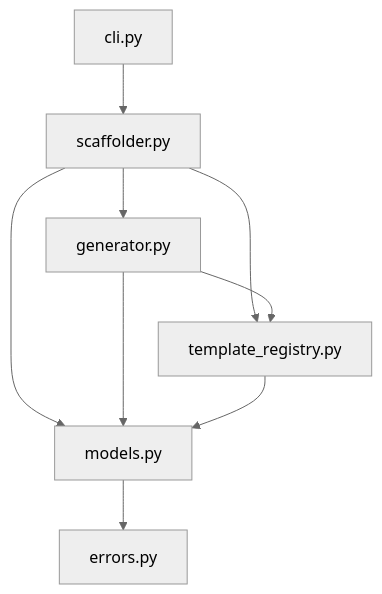
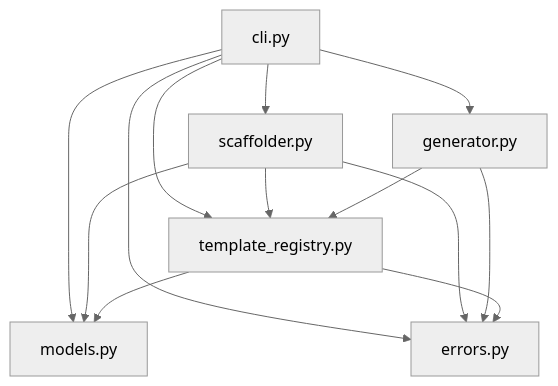
One commit to yeongseon/azure-functions-scaffold changed the first of 4 diagrams in docs/reference/architecture.md. Above: the diagram before and after it, drawn with Mermaid (neutral theme). The commit also changed other lines of this file, not shown here.

First line of the commit message:
docs: fix stale diagrams in architecture.md (#34)

````diff
--- a/docs/reference/architecture.md
+++ b/docs/reference/architecture.md
@@ -102,11 +102,15 @@
 ```mermaid
 graph TD;
     cli.py --> scaffolder.py;
-    scaffolder.py --> generator.py;
+    cli.py --> generator.py;
+    cli.py --> template_registry.py;
+    cli.py --> models.py;
+    cli.py --> errors.py;
     scaffolder.py --> template_registry.py;
     scaffolder.py --> models.py;
+    scaffolder.py --> errors.py;
     generator.py --> template_registry.py;
-    generator.py --> models.py;
+    generator.py --> errors.py;
     template_registry.py --> models.py;
-    models.py --> errors.py;
+    template_registry.py --> errors.py;
 ```
````
